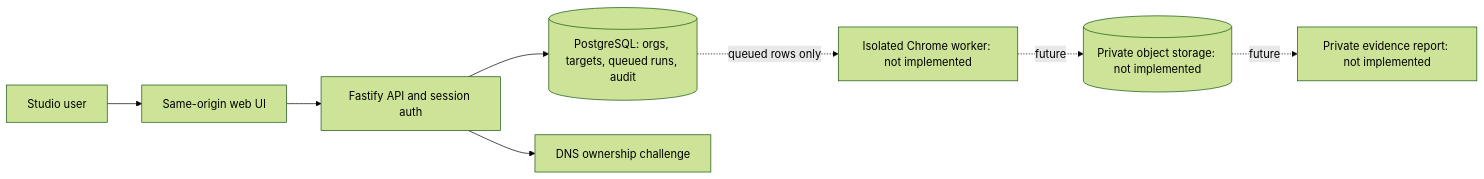
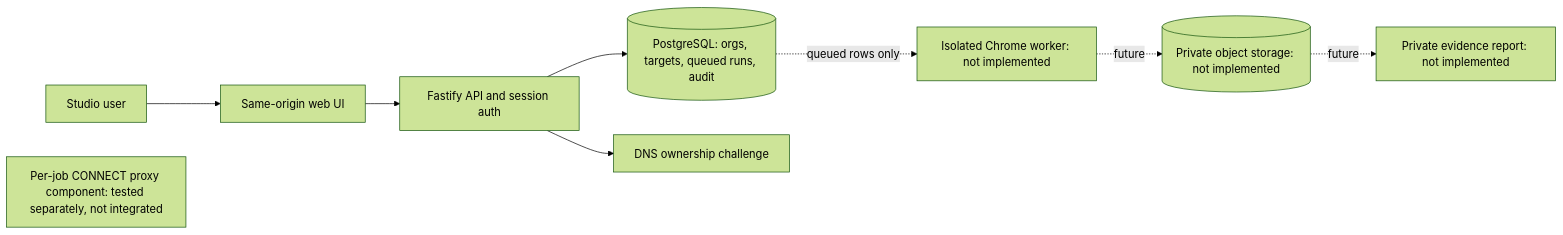
One commit to elyashium/atlas-replay-lab changed the diagram in docs/evidence/phase2-control-plane-2026-09-27.md. Above: the diagram before and after it, drawn with Mermaid (forest theme). The commit also changed other lines of this file and 7 other files, not shown here.

Commit message:
Add connection-pinned egress proxy component

````diff
--- a/docs/evidence/phase2-control-plane-2026-09-27.md
+++ b/docs/evidence/phase2-control-plane-2026-09-27.md
@@ -5,10 +5,11 @@
 ```mermaid
 flowchart LR
   User[Studio user] --> UI[Same-origin web UI]
   UI --> API[Fastify API and session auth]
   API --> DB[(PostgreSQL: orgs, targets, queued runs, audit)]
   API --> DNS[DNS ownership challenge]
+  Proxy[Per-job CONNECT proxy component: tested separately, not integrated]
   DB -. queued rows only .-> Worker[Isolated Chrome worker: not implemented]
   Worker -. future .-> Objects[(Private object storage: not implemented)]
   Objects -. future .-> Report[Private evidence report: not implemented]
 ```
````
